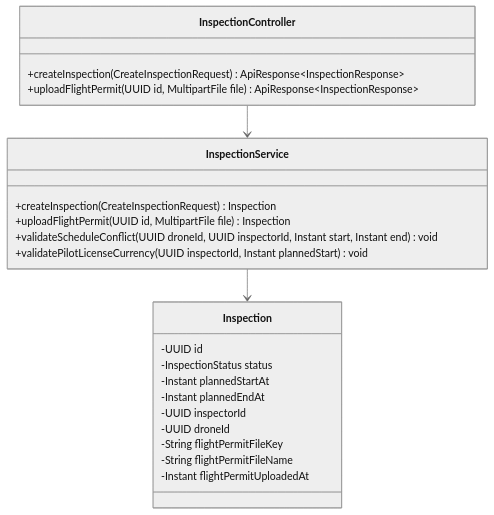
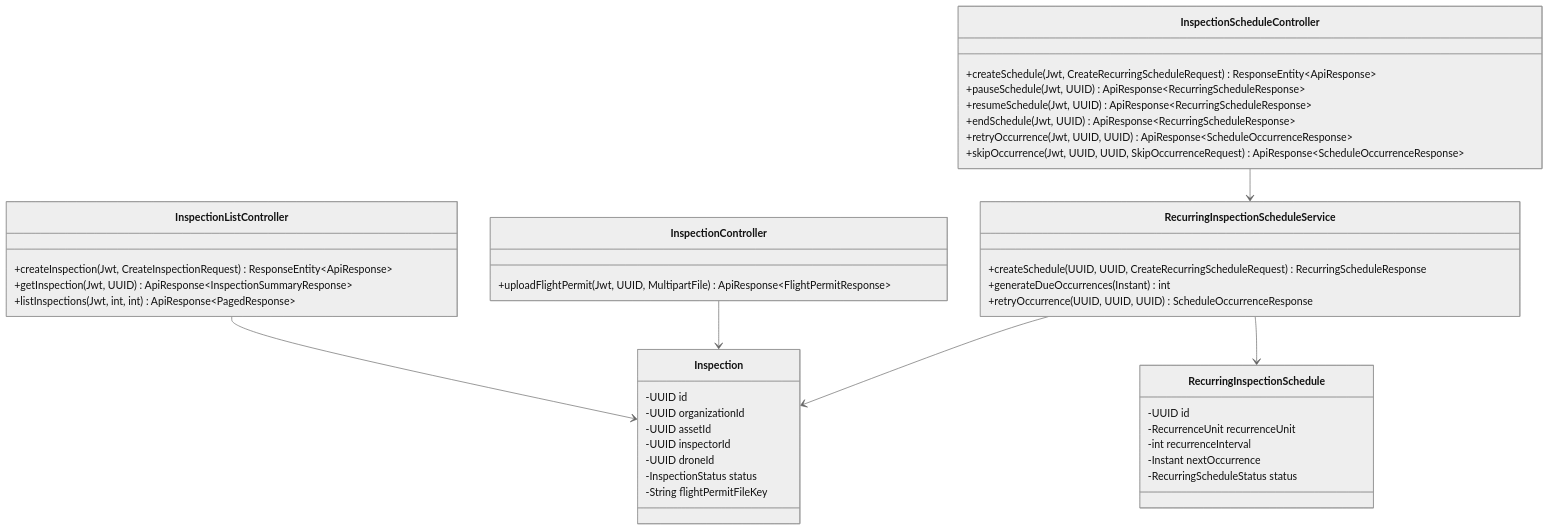
The tenth of 22 diagrams in reports/report-4-software-design-document/03-detailed-design.md (tungbach12/SmartDroneInspection-Docs), drawn with Mermaid (neutral theme) before and after one commit. The commit also changed other lines of this file and 155 other files, not shown here.

````diff
--- a/reports/report-4-software-design-document/03-detailed-design.md
+++ b/reports/report-4-software-design-document/03-detailed-design.md
@@ -249,27 +387,46 @@
 ```mermaid
-%% title: Mission Planning and Self-Service Permit Class Diagram
+%% title: Inspection Mission, Recurring Schedule and Permit Gate Class Diagram
 classDiagram
+  class InspectionListController {
+    +createInspection(Jwt, CreateInspectionRequest) ResponseEntity~ApiResponse~
+    +getInspection(Jwt, UUID) ApiResponse~InspectionSummaryResponse~
+    +listInspections(Jwt, int, int) ApiResponse~PagedResponse~
+  }
+  class InspectionScheduleController {
+    +createSchedule(Jwt, CreateRecurringScheduleRequest) ResponseEntity~ApiResponse~
+    +pauseSchedule(Jwt, UUID) ApiResponse~RecurringScheduleResponse~
+    +resumeSchedule(Jwt, UUID) ApiResponse~RecurringScheduleResponse~
+    +endSchedule(Jwt, UUID) ApiResponse~RecurringScheduleResponse~
+    +retryOccurrence(Jwt, UUID, UUID) ApiResponse~ScheduleOccurrenceResponse~
+    +skipOccurrence(Jwt, UUID, UUID, SkipOccurrenceRequest) ApiResponse~ScheduleOccurrenceResponse~
+  }
   class InspectionController {
-    +createInspection(CreateInspectionRequest) ApiResponse~InspectionResponse~
-    +uploadFlightPermit(UUID id, MultipartFile file) ApiResponse~InspectionResponse~
+    +uploadFlightPermit(Jwt, UUID, MultipartFile) ApiResponse~FlightPermitResponse~
   }
-  class InspectionService {
-    +createInspection(CreateInspectionRequest) Inspection
-    +uploadFlightPermit(UUID id, MultipartFile file) Inspection
-    +validateScheduleConflict(UUID droneId, UUID inspectorId, Instant start, Instant end) void
-    +validatePilotLicenseCurrency(UUID inspectorId, Instant plannedStart) void
+  class RecurringInspectionScheduleService {
+    +createSchedule(UUID, UUID, CreateRecurringScheduleRequest) RecurringScheduleResponse
+    +generateDueOccurrences(Instant) int
+    +retryOccurrence(UUID, UUID, UUID) ScheduleOccurrenceResponse
   }
   class Inspection {
     -UUID id
-    -InspectionStatus status
-    -Instant plannedStartAt
-    -Instant plannedEndAt
+    -UUID organizationId
+    -UUID assetId
     -UUID inspectorId
     -UUID droneId
+    -InspectionStatus status
     -String flightPermitFileKey
-    -String flightPermitFileName
-    -Instant flightPermitUploadedAt
   }
-  InspectionController --> InspectionService
-  InspectionService --> Inspection
+  class RecurringInspectionSchedule {
+    -UUID id
+    -RecurrenceUnit recurrenceUnit
+    -int recurrenceInterval
+    -Instant nextOccurrence
+    -RecurringScheduleStatus status
+  }
+  InspectionListController --> Inspection
+  InspectionController --> Inspection
+  InspectionScheduleController --> RecurringInspectionScheduleService
+  RecurringInspectionScheduleService --> RecurringInspectionSchedule
+  RecurringInspectionScheduleService --> Inspection
 ```
````
